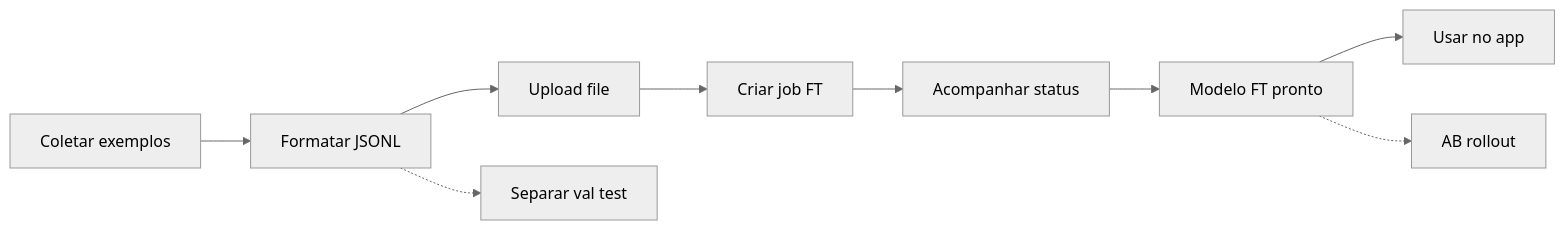
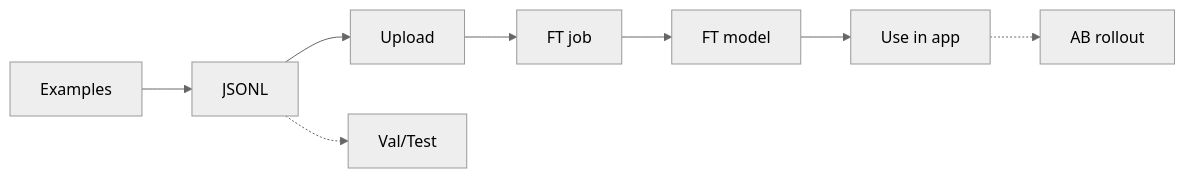
Before and after one commit to tamaraporf/-POC-chatbot: the third of 4 diagrams in docs/ARCHITECTURE_AND_PIPELINE.md, drawn with Mermaid (neutral theme). The commit also changed other lines of this file, not shown here.

Commit message:
ajusta diagramas

````diff
--- a/docs/ARCHITECTURE_AND_PIPELINE.md
+++ b/docs/ARCHITECTURE_AND_PIPELINE.md
@@ -55,11 +57,10 @@
 ```mermaid
 flowchart LR
-    A[Coletar exemplos] --> B[Formatar JSONL]
-    B --> C[Upload file]
-    C --> D[Criar job FT]
-    D --> E[Acompanhar status]
-    E --> F[Modelo FT pronto]
-    F --> G[Usar no app]
-    B -.-> H[Separar val test]
+    A[Examples] --> B[JSONL]
+    B --> C[Upload]
+    C --> D[FT job]
+    D --> E[FT model]
+    E --> F[Use in app]
+    B -.-> H[Val/Test]
     F -.-> I[AB rollout]
 ```
````
